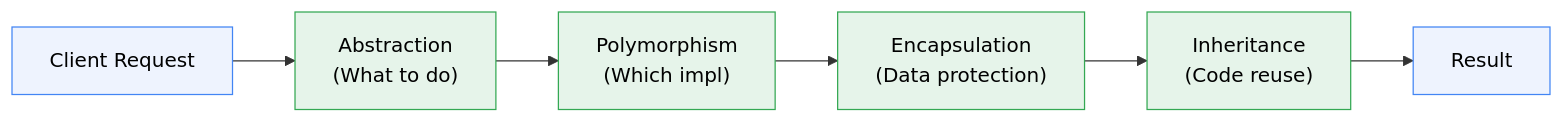
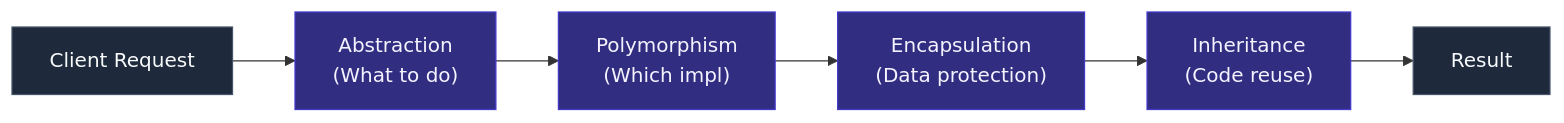
Before and after one commit to SaiTeja301/My_Interview_Preparation: the fifth of 12 diagrams in Java_jdbc_hibernate_SpringBoot/analysis/Java_Analysis.md, drawn with Mermaid. The commit also changed other lines of this file, not shown here.

Commit message:
style(mermaid): enhance all diagrams for light and dark mode compatibility

````diff
--- a/Java_jdbc_hibernate_SpringBoot/analysis/Java_Analysis.md
+++ b/Java_jdbc_hibernate_SpringBoot/analysis/Java_Analysis.md
@@ -270,13 +295,13 @@
 ```mermaid
 flowchart LR
     A["Client Request"] --> B["Abstraction<br>(What to do)"]
     B --> C["Polymorphism<br>(Which impl)"]
     C --> D["Encapsulation<br>(Data protection)"]
     D --> E["Inheritance<br>(Code reuse)"]
     E --> F["Result"]
 
-    classDef concept fill:#eef3fe,stroke:#4285f4,color:#000
+    classDef concept fill:#1E293B,stroke:#475569,color:#F8FAFC,stroke-width:1px;
+    classDef pillar fill:#312E81,stroke:#4338CA,color:#F5F3FF,stroke-width:1px;
     class A,F concept
-    classDef pillar fill:#e6f4ea,stroke:#34a853,color:#000
     class B,C,D,E pillar
 ```
````
